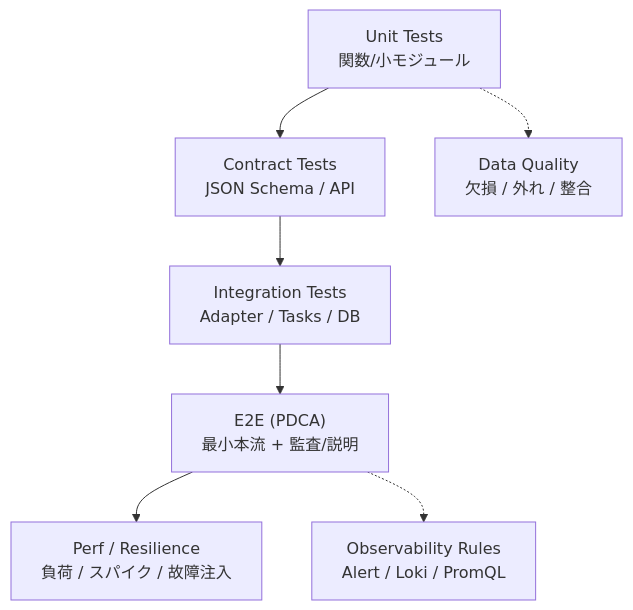
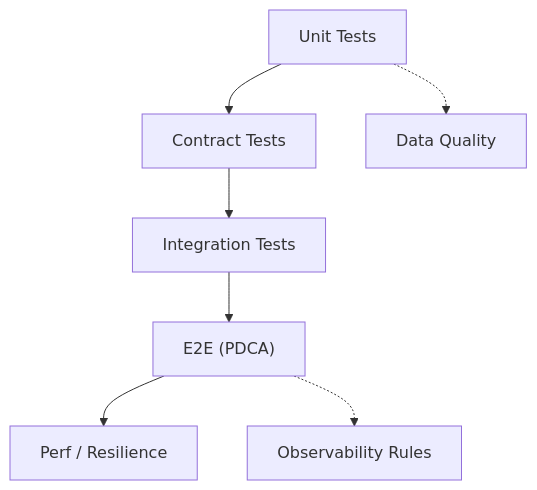
The first of 2 diagrams in docs/qa/Testing-And-QA.md (Noctria/noctria_kingdom), drawn with Mermaid before and after one commit. The commit also changed other lines of this file, not shown here.

````diff
--- a/docs/qa/Testing-And-QA.md
+++ b/docs/qa/Testing-And-QA.md
@@ -23,9 +24,9 @@
 ```mermaid
 flowchart TB
-  U["Unit Tests<br/>関数/小モジュール"] --> C["Contract Tests<br/>JSON Schema / API"]
-  C --> I["Integration Tests<br/>Adapter / Tasks / DB"]
-  I --> E["E2E (PDCA)<br/>最小本流 + 監査/説明"]
-  E --> P["Perf / Resilience<br/>負荷 / スパイク / 故障注入"]
-  U -.-> DQ["Data Quality<br/>欠損 / 外れ / 整合"]
-  E -.-> OBS["Observability Rules<br/>Alert / Loki / PromQL"]
+  U["Unit Tests"] --> C["Contract Tests"]
+  C --> I["Integration Tests"]
+  I --> E["E2E (PDCA)"]
+  E --> P["Perf / Resilience"]
+  U -.-> DQ["Data Quality"]
+  E -.-> OBS["Observability Rules"]
 ```
````
